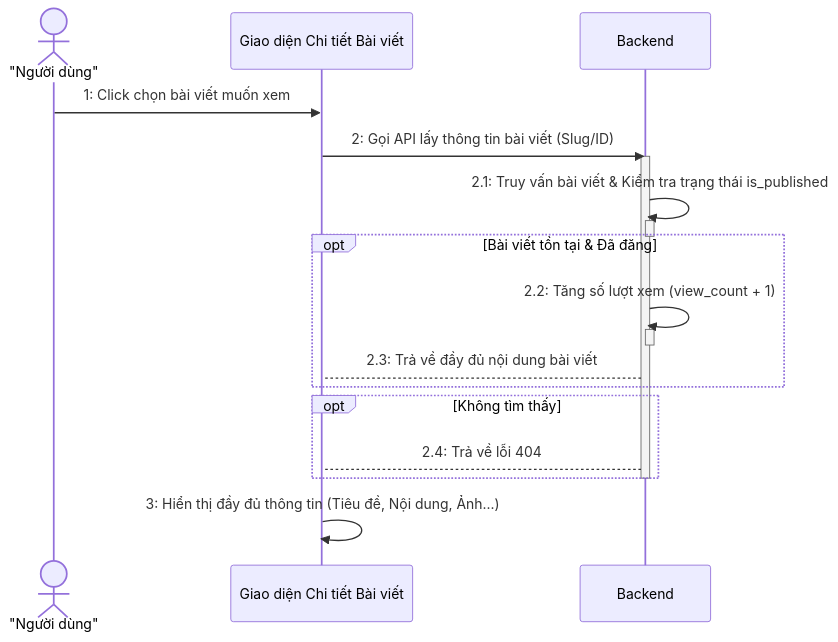
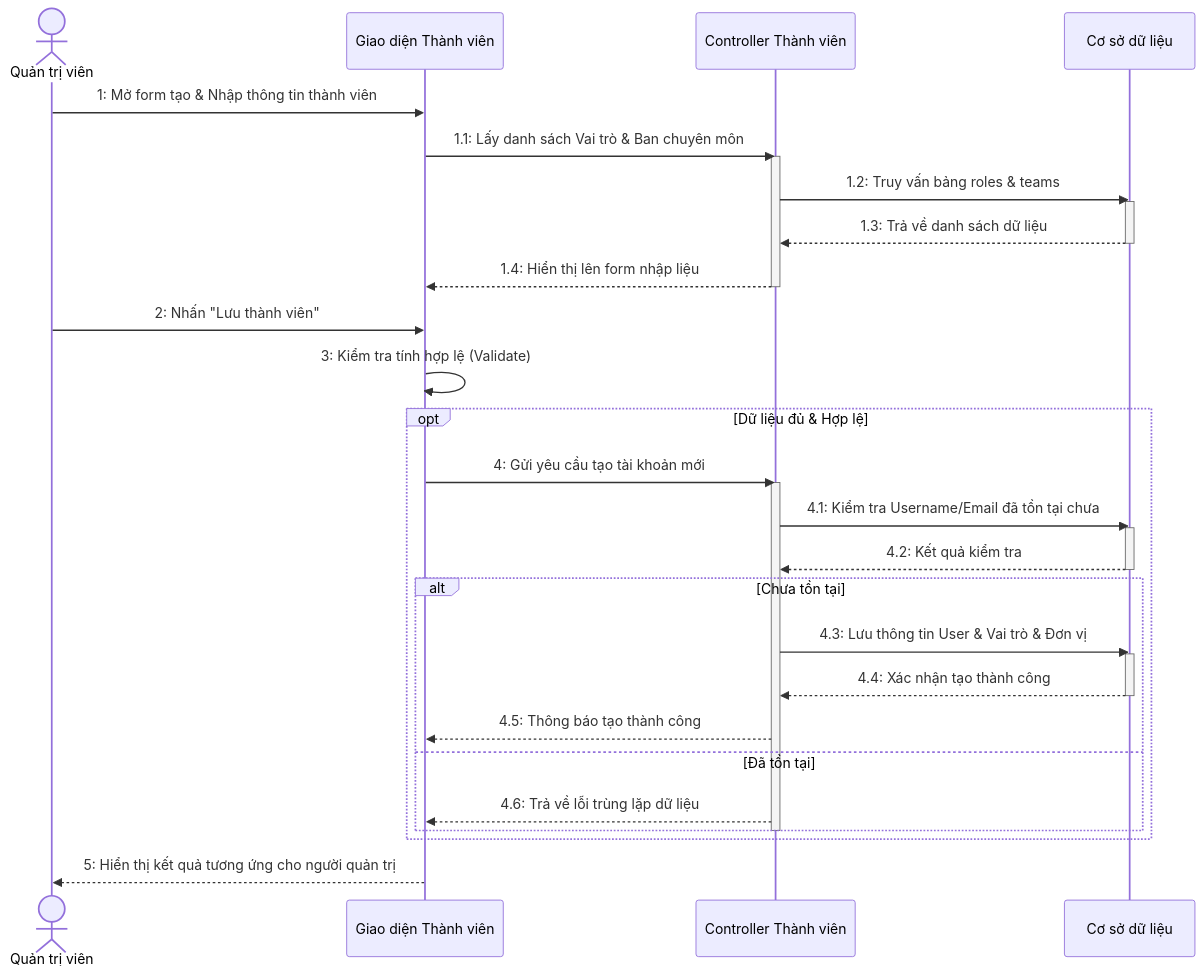
One commit to Trangkmt/lcd-website changed the seventh of 12 diagrams in docs/Sequence_Diagrams.md. Above: the diagram before and after it, drawn with Mermaid. The commit also changed other lines of this file and 47 other files, not shown here.

````diff
--- a/docs/Sequence_Diagrams.md
+++ b/docs/Sequence_Diagrams.md
@@ -194,28 +231,42 @@
 ```mermaid
 sequenceDiagram
-    actor U as "Người dùng"
-    participant B as Giao diện Chi tiết Bài viết
-    participant BE as Backend
+    actor A as Quản trị viên
+    participant G as Giao diện Thành viên
+    participant C as Controller Thành viên
+    participant D as Cơ sở dữ liệu
     
-    U->>B: 1: Click chọn bài viết muốn xem
-    B->>BE: 2: Gọi API lấy thông tin bài viết (Slug/ID)
-    activate BE
+    A->>G: 1: Mở form tạo & Nhập thông tin thành viên
+    G->>C: 1.1: Lấy danh sách Vai trò & Ban chuyên môn
+    activate C
+    C->>D: 1.2: Truy vấn bảng roles & teams
+    activate D
+    D-->>C: 1.3: Trả về danh sách dữ liệu
+    deactivate D
+    C-->>G: 1.4: Hiển thị lên form nhập liệu
+    deactivate C
     
-    BE->>BE: 2.1: Truy vấn bài viết & Kiểm tra trạng thái is_published
-    activate BE
-    deactivate BE
+    A->>G: 2: Nhấn "Lưu thành viên"
+    G->>G: 3: Kiểm tra tính hợp lệ (Validate)
     
-    opt Bài viết tồn tại & Đã đăng
-        BE->>BE: 2.2: Tăng số lượt xem (view_count + 1)
-        activate BE
-        deactivate BE
-        BE-->B: 2.3: Trả về đầy đủ nội dung bài viết
+    opt Dữ liệu đủ & Hợp lệ
+        G->>C: 4: Gửi yêu cầu tạo tài khoản mới
+        activate C
+        C->>D: 4.1: Kiểm tra Username/Email đã tồn tại chưa
+        activate D
+        D-->>C: 4.2: Kết quả kiểm tra
+        deactivate D
+        
+        alt Chưa tồn tại
+            C->>D: 4.3: Lưu thông tin User & Vai trò & Đơn vị
+            activate D
+            D-->>C: 4.4: Xác nhận tạo thành công
+            deactivate D
+            C-->>G: 4.5: Thông báo tạo thành công
+        else Đã tồn tại
+            C-->>G: 4.6: Trả về lỗi trùng lặp dữ liệu
+        end
+        deactivate C
     end
     
-    opt Không tìm thấy
-        BE-->B: 2.4: Trả về lỗi 404
-    end
-    deactivate BE
-    
-    B->>B: 3: Hiển thị đầy đủ thông tin (Tiêu đề, Nội dung, Ảnh...)
+    G-->>A: 5: Hiển thị kết quả tương ứng cho người quản trị
 ```
````
